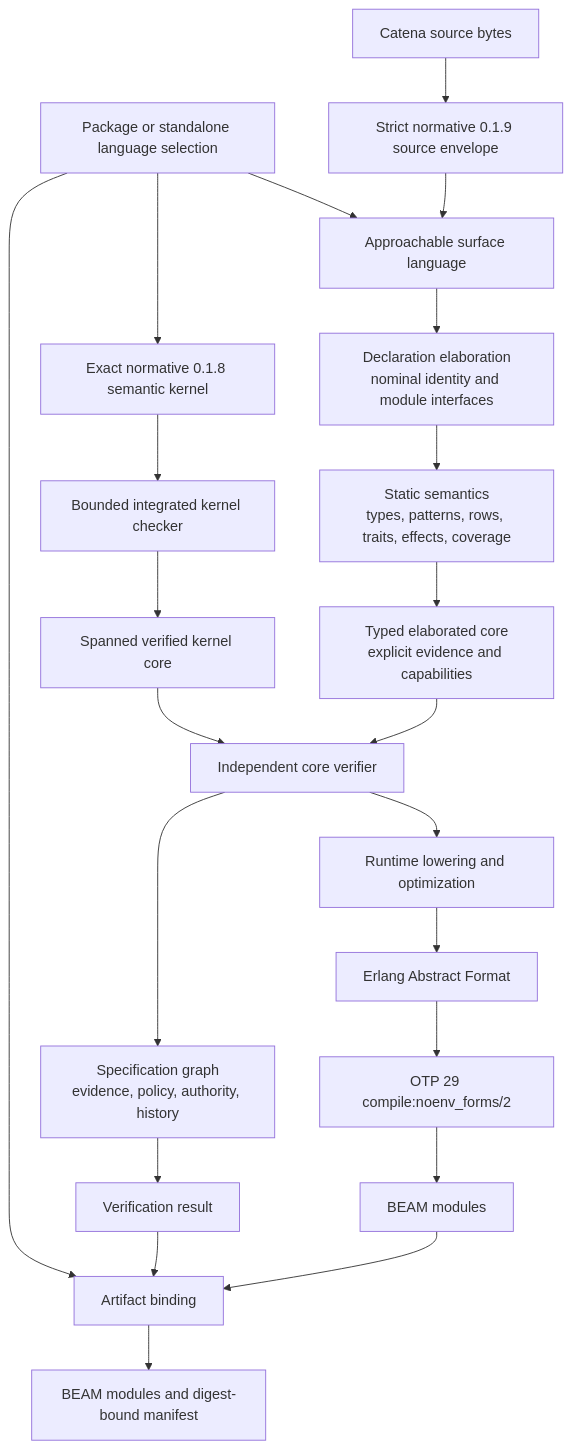
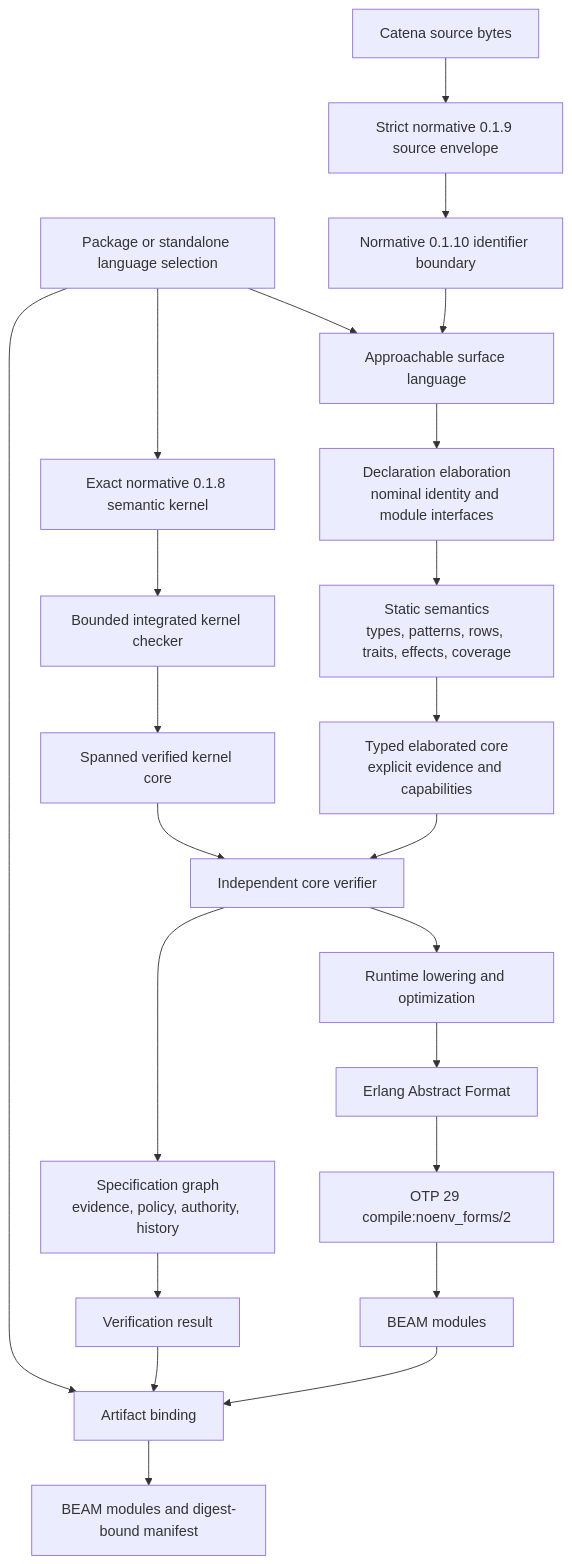
Before and after one commit to pcharbon70/catena-research: the first of 2 diagrams in language-overview.md, drawn with Mermaid. The commit also changed other lines of this file and 27 other files, not shown here.

````diff
--- a/language-overview.md
+++ b/language-overview.md
@@ -33,24 +33,25 @@
 ```mermaid
 flowchart TD
     P[Package or standalone language selection] --> U[Approachable surface language]
     P --> K[Exact normative 0.1.8 semantic kernel]
     S[Catena source bytes] --> SE[Strict normative 0.1.9 source envelope]
-    SE --> U
+    SE --> ID[Normative 0.1.10 identifier boundary]
+    ID --> U
     U --> DE[Declaration elaboration<br/>nominal identity and module interfaces]
     DE --> ST[Static semantics<br/>types, patterns, rows, traits, effects, coverage]
     ST --> TC[Typed elaborated core<br/>explicit evidence and capabilities]
     K --> KST[Bounded integrated kernel checker]
     KST --> KTC[Spanned verified kernel core]
     TC --> V[Independent core verifier]
     KTC --> V
     V --> R[Runtime lowering and optimization]
     V --> SG[Specification graph<br/>evidence, policy, authority, history]
     R --> EAF[Erlang Abstract Format]
     EAF --> OTP[OTP 29 compile:noenv_forms/2]
     OTP --> B[BEAM modules]
     SG --> VR[Verification result]
     B --> AB[Artifact binding]
     P --> AB
     VR --> AB
     AB --> OUT[BEAM modules and digest-bound manifest]
 ```
````
